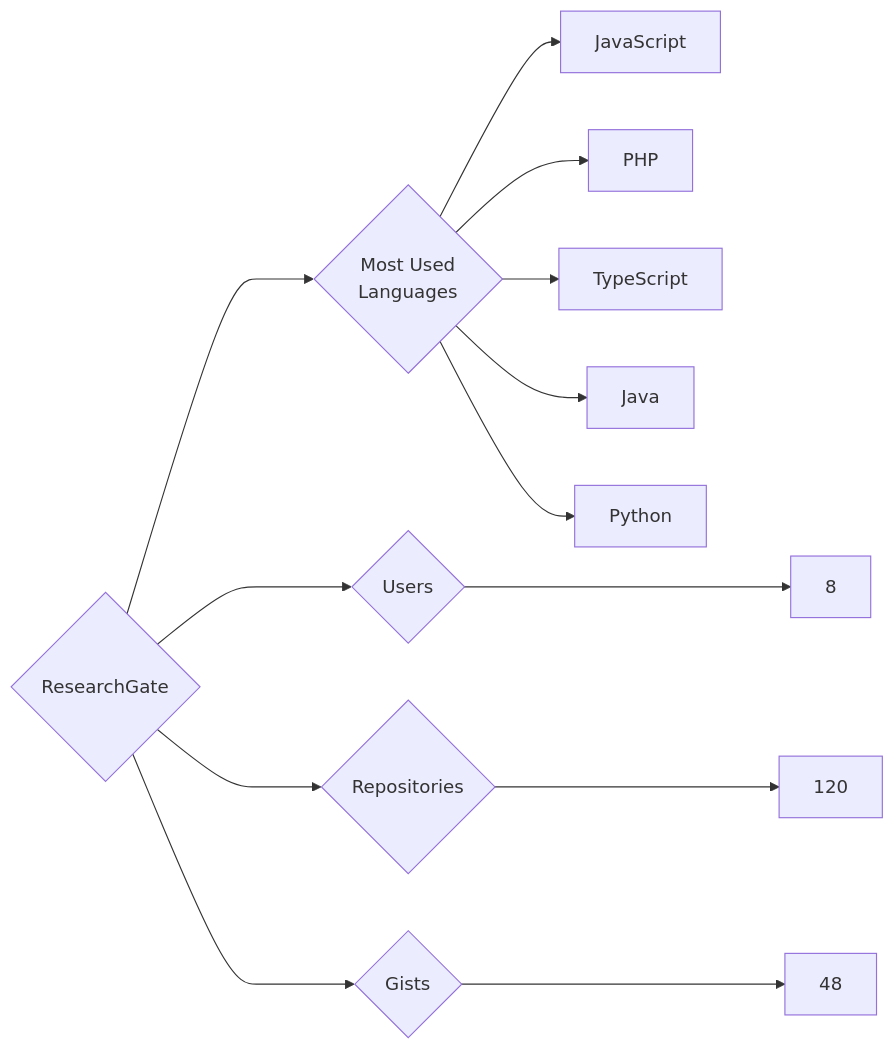
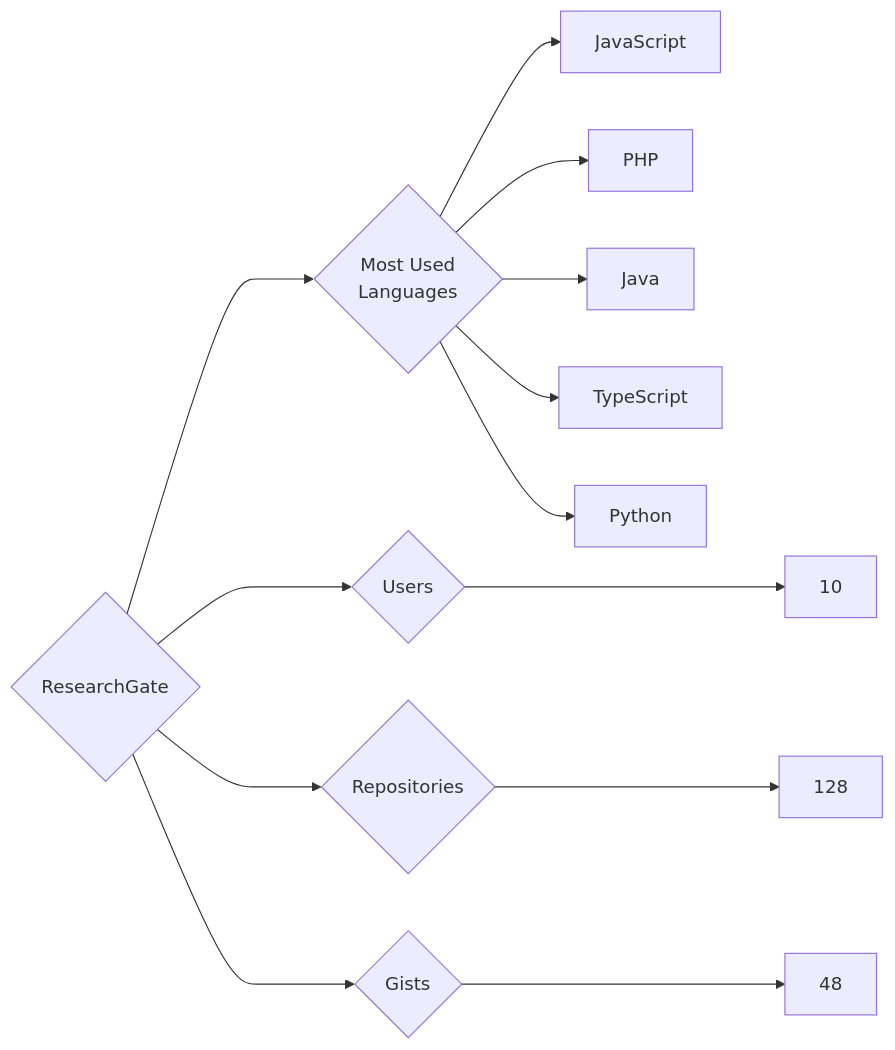
The diagram in targets/ResearchGate/README.md (trickest/insiders), drawn with Mermaid before and after one commit. The commit also changed 715 other files, not shown here.

````diff
--- a/targets/ResearchGate/README.md
+++ b/targets/ResearchGate/README.md
@@ -3,13 +3,13 @@
 ```mermaid
 graph LR
 COMPANY_NAME{ResearchGate}
-COMPANY_NAME ---> U{Users} ---> UN[8]
-COMPANY_NAME ---> R{Repositories} ---> RN[120]
+COMPANY_NAME ---> U{Users} ---> UN[10]
+COMPANY_NAME ---> R{Repositories} ---> RN[128]
 COMPANY_NAME ---> G{Gists} ---> GN[48]
 COMPANY_NAME ---> ML{Most Used<br>Languages}
 ML --> JavaScript[JavaScript]
 ML --> PHP[PHP]
+ML --> Java[Java]
 ML --> TypeScript[TypeScript]
-ML --> Java[Java]
 ML --> Python[Python]
 ```
````
